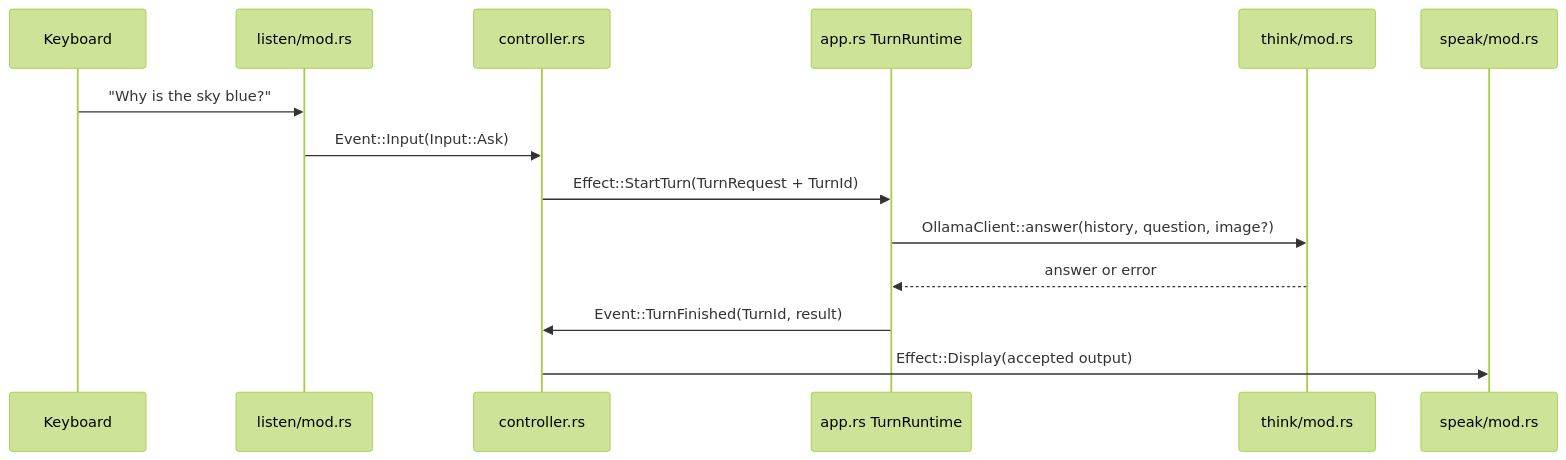
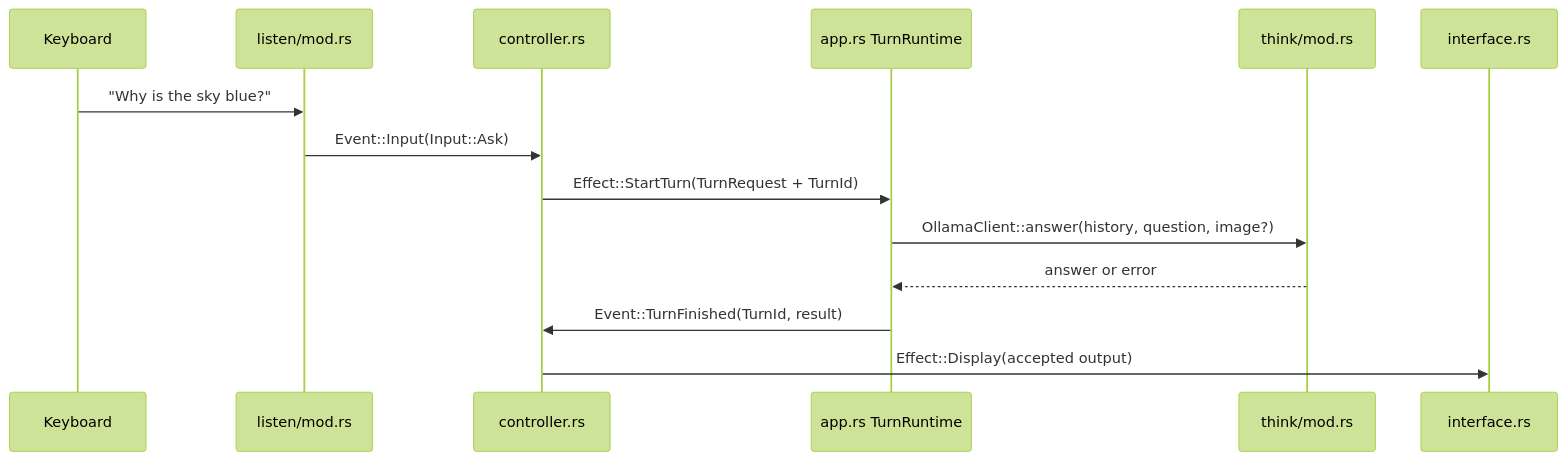
The second of 4 diagrams in README.md (samuelebstein/independence), drawn with Mermaid (forest theme) before and after one commit. The commit also changed other lines of this file and 15 other files, not shown here.

````diff
--- a/README.md
+++ b/README.md
@@ -939,17 +958,17 @@
 ```mermaid
 sequenceDiagram
     participant K as Keyboard
     participant L as listen/mod.rs
     participant C as controller.rs
     participant R as app.rs TurnRuntime
     participant T as think/mod.rs
-    participant S as speak/mod.rs
+    participant S as interface.rs
 
     K->>L: "Why is the sky blue?"
     L->>C: Event::Input(Input::Ask)
     C->>R: Effect::StartTurn(TurnRequest + TurnId)
     R->>T: OllamaClient::answer(history, question, image?)
     T-->>R: answer or error
     R->>C: Event::TurnFinished(TurnId, result)
     C->>S: Effect::Display(accepted output)
 ```
````
